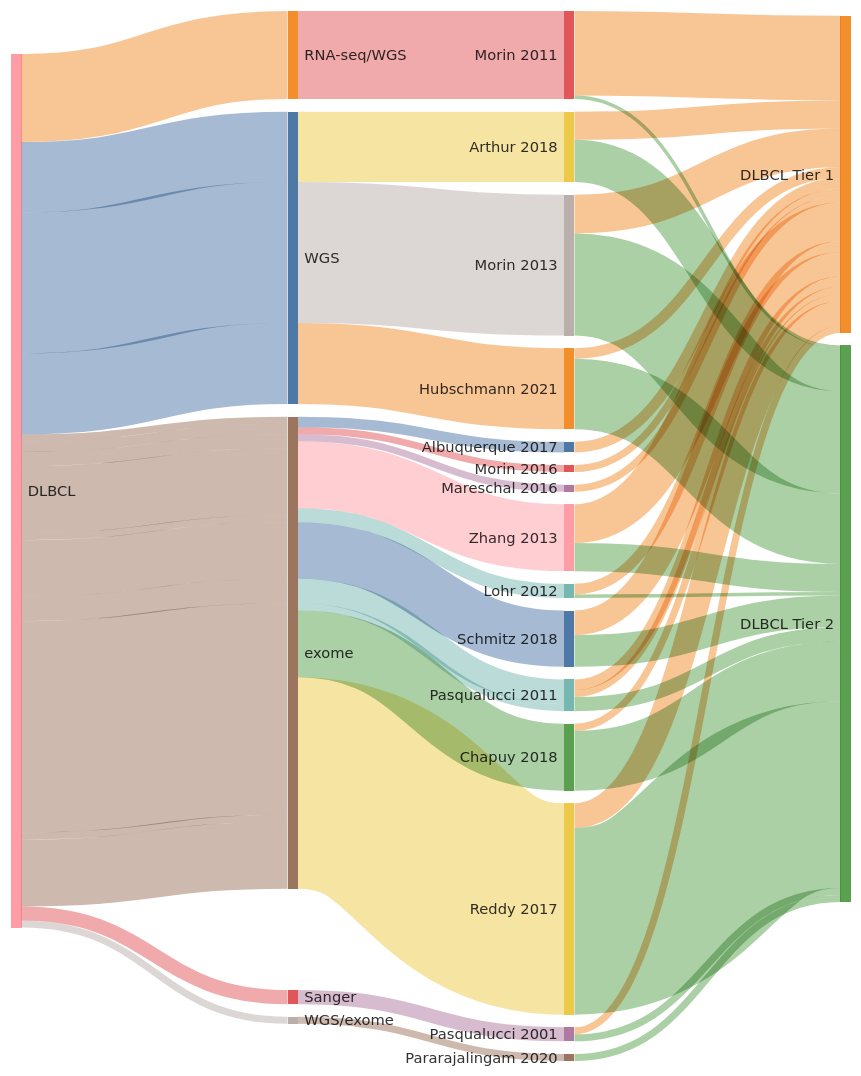
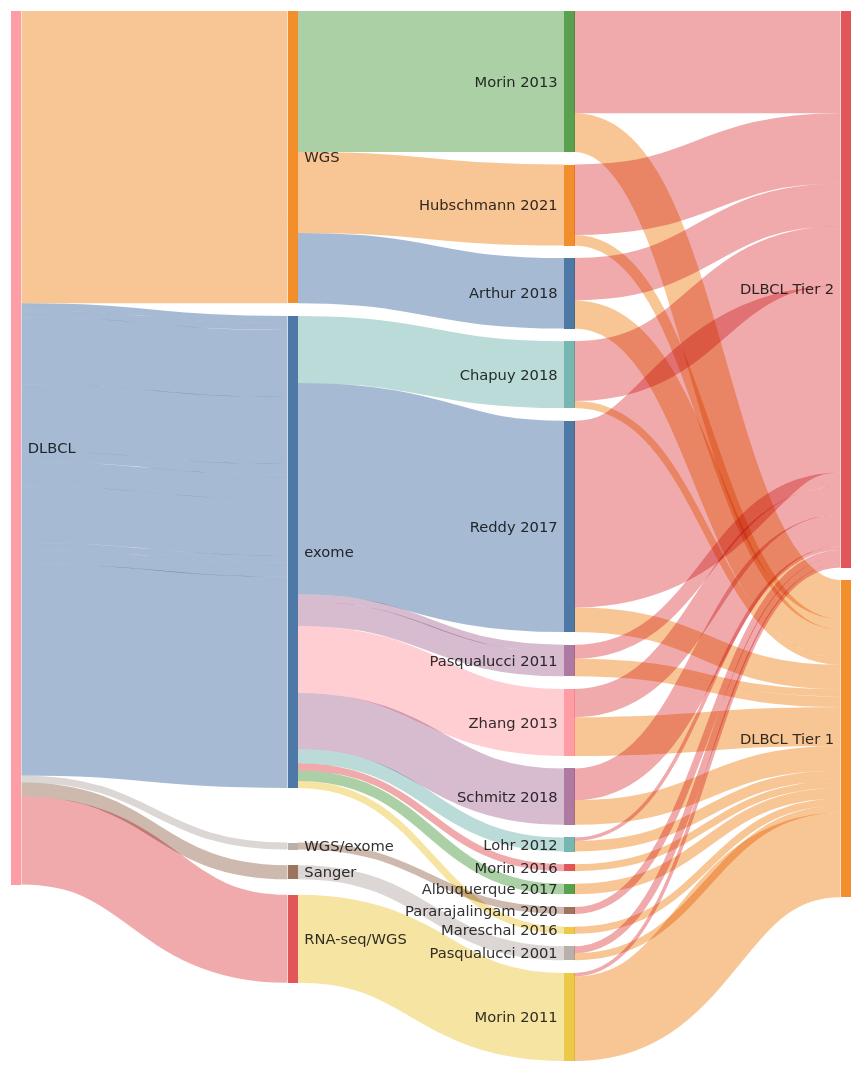
The diagram in DLBCL_sankey.md (morinlab/lymphopedia), drawn with Mermaid before and after one commit. The commit also changed other lines of this file and 2 other files, not shown here.

````diff
--- a/DLBCL_sankey.md
+++ b/DLBCL_sankey.md
@@ -1,71 +1,71 @@
 ```mermaid
 ---
 config:
   sankey:
     showValues: false
     linkColor: target
     width: 800
     height: 1000
     nodeAlignment: right
 ---
 sankey-beta
-Albuquerque 2017, DLBCL Tier 1, 3
+Arthur 2018, DLBCL Tier 1, 8
+Arthur 2018, DLBCL Tier 2, 12
+Chapuy 2018, DLBCL Tier 1, 2
+Chapuy 2018, DLBCL Tier 2, 17
+Morin 2013, DLBCL Tier 1, 11
+Morin 2013, DLBCL Tier 2, 29
+Mareschal 2016, DLBCL Tier 1, 2
+Pasqualucci 2011, DLBCL Tier 1, 2
+Zhang 2013, DLBCL Tier 1, 11
+Zhang 2013, DLBCL Tier 2, 8
+Pararajalingam 2020, DLBCL Tier 2, 2
+Pasqualucci 2001, DLBCL Tier 1, 2
+Pasqualucci 2001, DLBCL Tier 2, 2
+Reddy 2017, DLBCL Tier 1, 7
+Reddy 2017, DLBCL Tier 2, 53
+Hubschmann 2021, DLBCL Tier 1, 3
+Hubschmann 2021, DLBCL Tier 2, 20
 Morin 2016, DLBCL Tier 1, 2
 Lohr 2012, DLBCL Tier 1, 3
 Lohr 2012, DLBCL Tier 2, 1
-Arthur 2018, DLBCL Tier 1, 8
-Arthur 2018, DLBCL Tier 2, 12
-Mareschal 2016, DLBCL Tier 1, 2
-Zhang 2013, DLBCL Tier 1, 11
-Zhang 2013, DLBCL Tier 2, 8
-Pararajalingam 2020, DLBCL Tier 2, 2
-Morin 2013, DLBCL Tier 1, 11
-Morin 2013, DLBCL Tier 2, 29
+Albuquerque 2017, DLBCL Tier 1, 3
+Morin 2011, DLBCL Tier 1, 24
+Morin 2011, DLBCL Tier 2, 1
 Schmitz 2018, DLBCL Tier 1, 7
 Schmitz 2018, DLBCL Tier 2, 9
-Hubschmann 2021, DLBCL Tier 1, 3
-Hubschmann 2021, DLBCL Tier 2, 20
-Morin 2011, DLBCL Tier 1, 24
-Morin 2011, DLBCL Tier 2, 1
 Pasqualucci 2011, DLBCL Tier 1, 3
 Pasqualucci 2011, DLBCL Tier 2, 4
-Chapuy 2018, DLBCL Tier 1, 2
-Chapuy 2018, DLBCL Tier 2, 17
-Reddy 2017, DLBCL Tier 1, 7
-Reddy 2017, DLBCL Tier 2, 53
-Pasqualucci 2001, DLBCL Tier 1, 2
-Pasqualucci 2001, DLBCL Tier 2, 2
-Pasqualucci 2011, DLBCL Tier 1, 2
-DLBCL, exome, 2
-exome, Morin 2016, 2
-DLBCL, exome, 3
-exome, Albuquerque 2017, 3
-DLBCL, exome, 4
-exome, Lohr 2012, 4
+DLBCL, Sanger, 4
+Sanger, Pasqualucci 2001, 4
 DLBCL, WGS/exome, 2
 WGS/exome, Pararajalingam 2020, 2
+DLBCL, exome, 2
+exome, Mareschal 2016, 2
+DLBCL, exome, 2
+exome, Pasqualucci 2011, 2
+DLBCL, WGS, 40
+WGS, Morin 2013, 40
+DLBCL, exome, 19
+exome, Chapuy 2018, 19
 DLBCL, exome, 19
 exome, Zhang 2013, 19
 DLBCL, WGS, 20
 WGS, Arthur 2018, 20
-DLBCL, exome, 2
-exome, Mareschal 2016, 2
+DLBCL, RNA-seq/WGS, 25
+RNA-seq/WGS, Morin 2011, 25
+DLBCL, exome, 3
+exome, Albuquerque 2017, 3
+DLBCL, exome, 7
+exome, Pasqualucci 2011, 7
 DLBCL, exome, 16
 exome, Schmitz 2018, 16
-DLBCL, WGS, 40
-WGS, Morin 2013, 40
-DLBCL, RNA-seq/WGS, 25
-RNA-seq/WGS, Morin 2011, 25
+DLBCL, exome, 2
+exome, Morin 2016, 2
+DLBCL, exome, 4
+exome, Lohr 2012, 4
 DLBCL, WGS, 23
 WGS, Hubschmann 2021, 23
-DLBCL, exome, 7
-exome, Pasqualucci 2011, 7
-DLBCL, Sanger, 4
-Sanger, Pasqualucci 2001, 4
 DLBCL, exome, 60
 exome, Reddy 2017, 60
-DLBCL, exome, 2
-exome, Pasqualucci 2011, 2
-DLBCL, exome, 19
-exome, Chapuy 2018, 19
 ```
````
